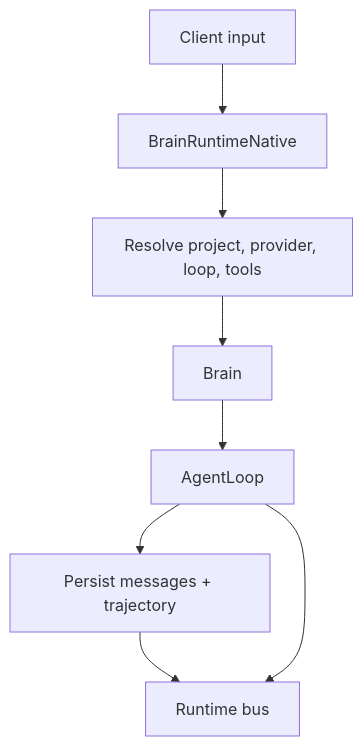
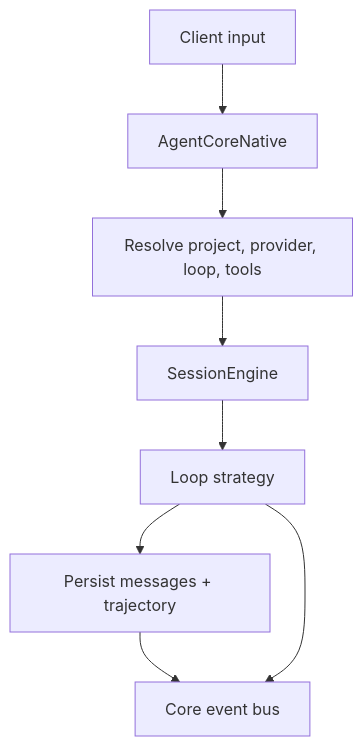
One commit to leto-labs/leto changed the diagram in docs/architecture/core/README.md. Above: the diagram before and after it, drawn with Mermaid. The commit also changed other lines of this file and 160 other files, not shown here.

````diff
--- a/docs/architecture/core/README.md
+++ b/docs/architecture/core/README.md
@@ -44,18 +44,18 @@
 ```mermaid
 flowchart TD
     Input[Client input]
-    Runtime[BrainRuntimeNative]
+    Core[AgentCoreNative]
     Resolve[Resolve project, provider, loop, tools]
-    Brain[Brain]
-    Loop[AgentLoop]
+    Runtime[SessionEngine]
+    Loop[Loop strategy]
     Persist[Persist messages + trajectory]
-    Bus[Runtime bus]
+    Bus[Core event bus]
 
-    Input --> Runtime
-    Runtime --> Resolve
-    Resolve --> Brain
-    Brain --> Loop
+    Input --> Core
+    Core --> Resolve
+    Resolve --> Runtime
+    Runtime --> Loop
     Loop --> Persist
     Persist --> Bus
     Loop --> Bus
 ```
````
